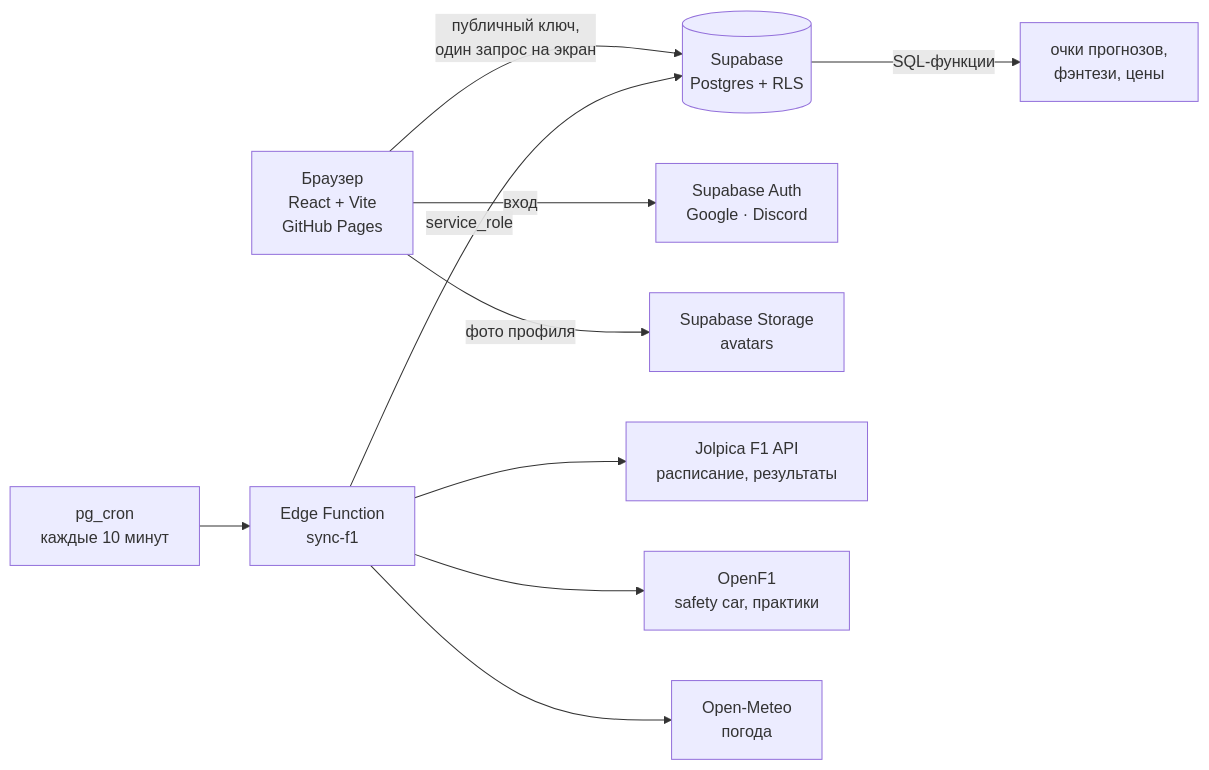
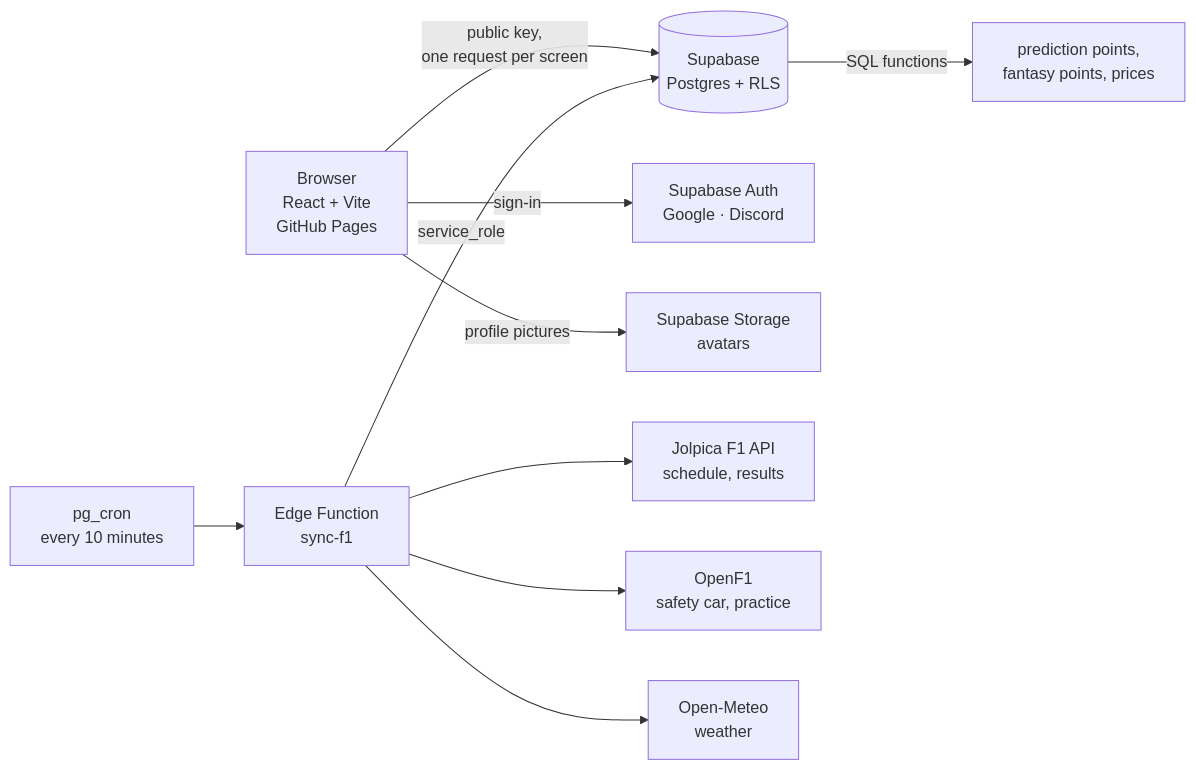
Before and after one commit to pufixluv1984-bit/gridline-v2: the diagram in README.md, drawn with Mermaid. The commit also changed other lines of this file and 8 other files, not shown here.

````diff
--- a/README.md
+++ b/README.md
@@ -72,12 +74,12 @@
 ```mermaid
 flowchart LR
-    U["Браузер<br/>React + Vite<br/>GitHub Pages"] -- "публичный ключ,<br/>один запрос на экран" --> DB[("Supabase<br/>Postgres + RLS")]
-    U -- "вход" --> AUTH["Supabase Auth<br/>Google · Discord"]
-    U -- "фото профиля" --> ST["Supabase Storage<br/>avatars"]
-    CRON["pg_cron<br/>каждые 10 минут"] --> FN["Edge Function<br/>sync-f1"]
+    U["Browser<br/>React + Vite<br/>GitHub Pages"] -- "public key,<br/>one request per screen" --> DB[("Supabase<br/>Postgres + RLS")]
+    U -- "sign-in" --> AUTH["Supabase Auth<br/>Google · Discord"]
+    U -- "profile pictures" --> ST["Supabase Storage<br/>avatars"]
+    CRON["pg_cron<br/>every 10 minutes"] --> FN["Edge Function<br/>sync-f1"]
     FN -- "service_role" --> DB
-    FN --> J["Jolpica F1 API<br/>расписание, результаты"]
-    FN --> O["OpenF1<br/>safety car, практики"]
-    FN --> W["Open-Meteo<br/>погода"]
-    DB -- "SQL-функции" --> S["очки прогнозов,<br/>фэнтези, цены"]
+    FN --> J["Jolpica F1 API<br/>schedule, results"]
+    FN --> O["OpenF1<br/>safety car, practice"]
+    FN --> W["Open-Meteo<br/>weather"]
+    DB -- "SQL functions" --> S["prediction points,<br/>fantasy points, prices"]
 ```
````
